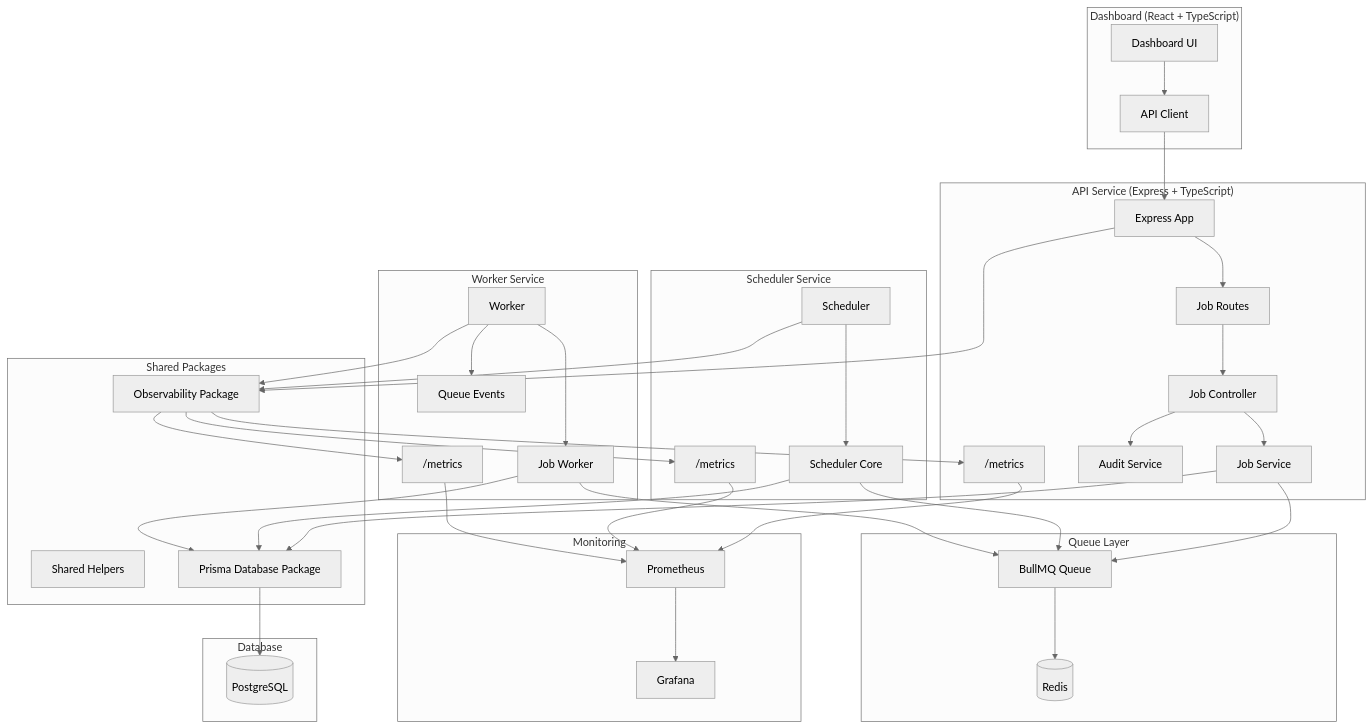
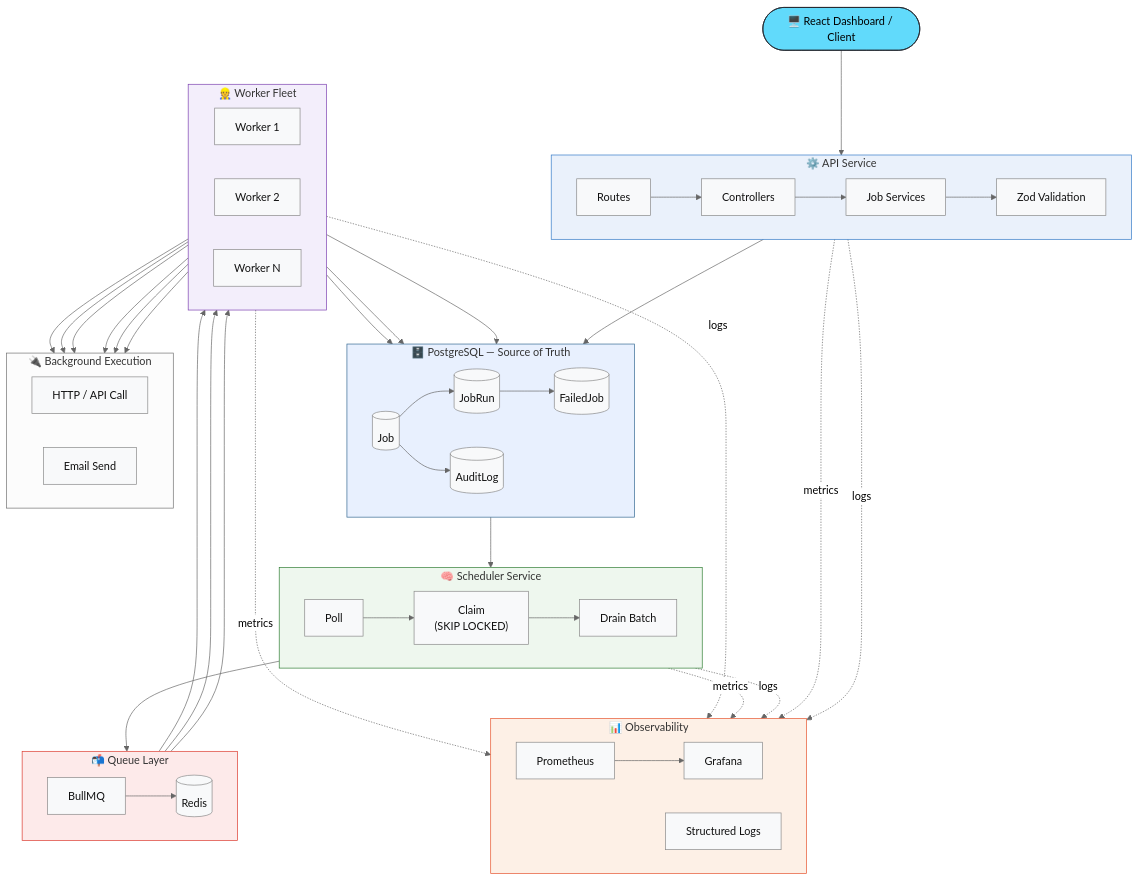
Before and after one commit to Steel-roger-moondradev/distributed_job_scheduler: the first of 13 diagrams in README.md, drawn with Mermaid (neutral theme). The commit also changed other lines of this file, not shown here.

````diff
--- a/README.md
+++ b/README.md
@@ -57,88 +72,73 @@
 ```mermaid
 flowchart TB
+    Client(["🖥️ React Dashboard / Client"]):::client
 
-subgraph Client["Dashboard (React + TypeScript)"]
-    Dashboard["Dashboard UI"]
-    ApiClient["API Client"]
-end
+    subgraph API["⚙️ API Service"]
+        direction LR
+        Routes["Routes"] --> Controllers["Controllers"] --> Services["Job Services"]
+        Services --> Validation["Zod Validation"]
+    end
 
-subgraph API["API Service (Express + TypeScript)"]
-    ApiApp["Express App"]
-    JobRoutes["Job Routes"]
-    JobController["Job Controller"]
-    JobService["Job Service"]
-    Audit["Audit Service"]
-    ApiMetrics["/metrics"]
-end
+    subgraph DB["🗄️ PostgreSQL — Source of Truth"]
+        direction LR
+        Jobs[("Job")]
+        Runs[("JobRun")]
+        Failed[("FailedJob")]
+        Audit[("AuditLog")]
+    end
 
-subgraph Scheduler["Scheduler Service"]
-    SchedulerApp["Scheduler"]
-    SchedulerCore["Scheduler Core"]
-    SchedulerMetrics["/metrics"]
-end
+    subgraph SCHED["🧠 Scheduler Service"]
+        direction LR
+        Poll["Poll"] --> Claim["Claim\n(SKIP LOCKED)"] --> Drain["Drain Batch"]
+    end
 
-subgraph Worker["Worker Service"]
-    WorkerApp["Worker"]
-    JobWorker["Job Worker"]
-    QueueEvents["Queue Events"]
-    WorkerMetrics["/metrics"]
-end
+    subgraph QUEUE["📬 Queue Layer"]
+        direction LR
+        Bull["BullMQ"] --> Redis[("Redis")]
+    end
 
-subgraph Packages["Shared Packages"]
-    Shared["Shared Helpers"]
-    Database["Prisma Database Package"]
-    Observability["Observability Package"]
-end
+    subgraph WORKERS["👷 Worker Fleet"]
+        direction LR
+        W1["Worker 1"]
+        W2["Worker 2"]
+        WN["Worker N"]
+    end
 
-subgraph Queue["Queue Layer"]
-    BullMQ["BullMQ Queue"]
-    Redis[("Redis")]
-end
+    subgraph EXEC["🔌 Background Execution"]
+        direction LR
+        HTTP["HTTP / API Call"]
+        EMAIL["Email Send"]
+    end
 
-subgraph Storage["Database"]
-    Postgres[("PostgreSQL")]
-end
+    subgraph OBS["📊 Observability"]
+        direction LR
+        Prom["Prometheus"] --> Grafana["Grafana"]
+        Logs["Structured Logs"]
+    end
 
-subgraph Monitoring["Monitoring"]
-    Prometheus["Prometheus"]
-    Grafana["Grafana"]
-end
+    Client --> Routes
+    Validation --> Jobs
+    Jobs --> Poll
+    Drain --> Bull
+    Redis --> W1 & W2 & WN
+    W1 & W2 & WN --> HTTP & EMAIL
+    W1 & W2 & WN --> Runs
+    Runs --> Failed
+    Jobs --> Runs & Audit
 
-Dashboard --> ApiClient
-ApiClient --> ApiApp
+    API -.metrics.-> Prom
+    SCHED -.metrics.-> Prom
+    WORKERS -.metrics.-> Prom
+    API -.logs.-> Logs
+    SCHED -.logs.-> Logs
+    WORKERS -.logs.-> Logs
 
-ApiApp --> JobRoutes
-JobRoutes --> JobController
-JobController --> JobService
-JobController --> Audit
-
-JobService --> BullMQ
-JobService --> Database
-
-SchedulerApp --> SchedulerCore
-SchedulerCore --> BullMQ
-SchedulerCore --> Database
-
-WorkerApp --> JobWorker
-WorkerApp --> QueueEvents
-JobWorker --> BullMQ
-JobWorker --> Database
-
-BullMQ --> Redis
-
-Database --> Postgres
-
-ApiApp --> Observability
-SchedulerApp --> Observability
-WorkerApp --> Observability
-
-Observability --> ApiMetrics
-Observability --> SchedulerMetrics
-Observability --> WorkerMetrics
-
-ApiMetrics --> Prometheus
-SchedulerMetrics --> Prometheus
-WorkerMetrics --> Prometheus
-
-Prometheus --> Grafana
+    classDef client fill:#61DAFB,stroke:#20232a,color:#000
+    classDef default fill:#f8f9fa,stroke:#888,color:#111
+    style DB fill:#e8f0fe,stroke:#336791
+    style QUEUE fill:#fdeaea,stroke:#DC382D
+    style OBS fill:#fdf0e6,stroke:#E6522C
+    style SCHED fill:#eef7ee,stroke:#2e7d32
+    style API fill:#eaf1fb,stroke:#3178C6
+    style WORKERS fill:#f3eefb,stroke:#7b3fb0
 ```
````
